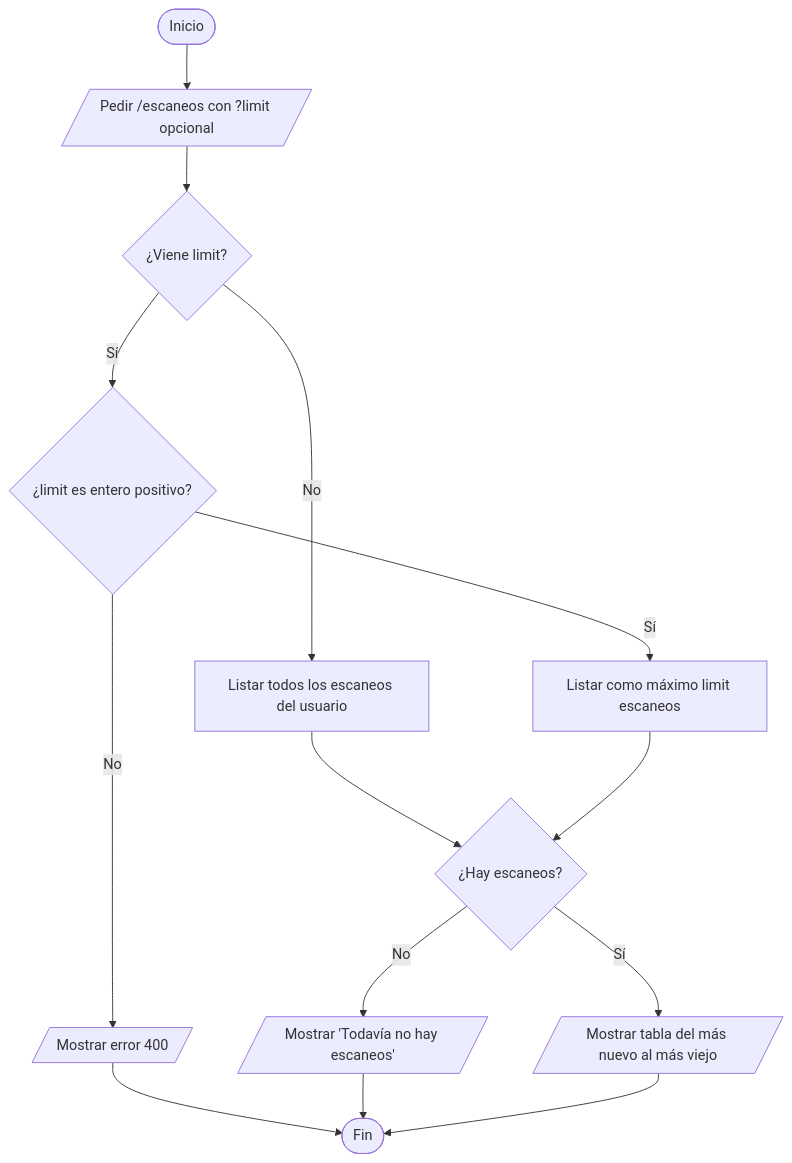
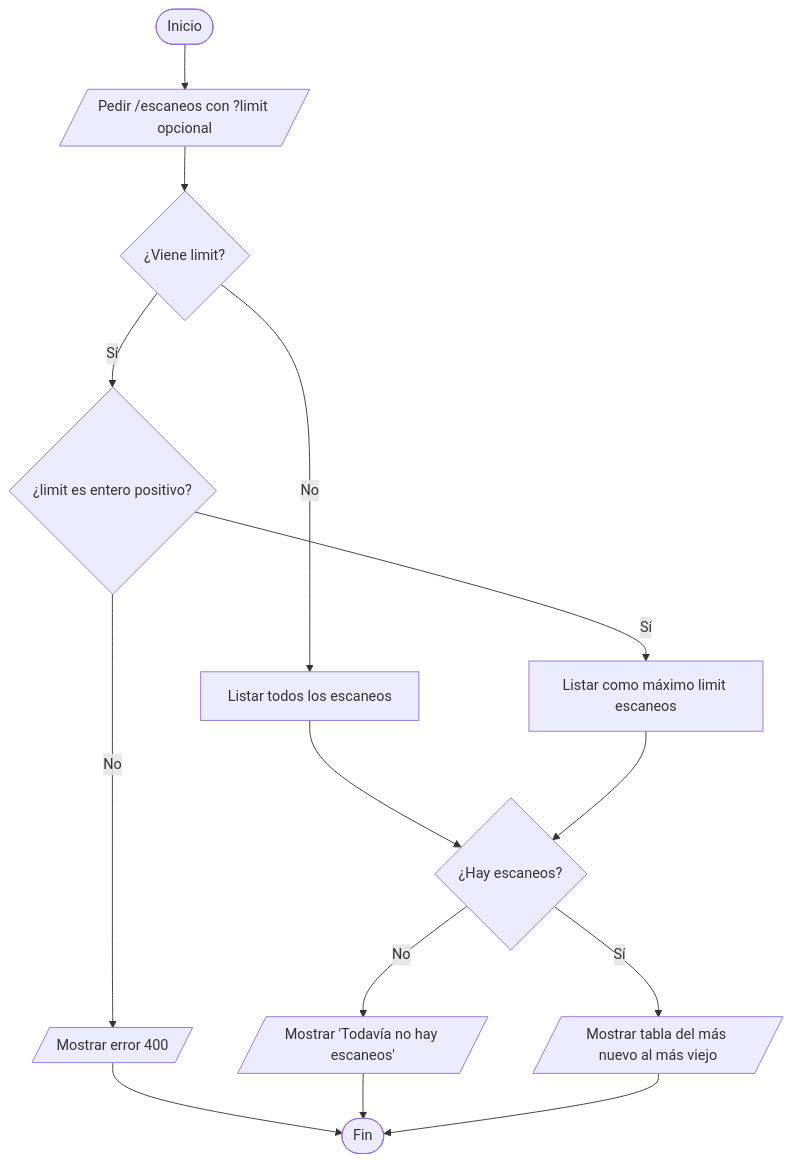
Before and after one commit to Gambeta-latorre/pdi-eest4: the fourth of 6 diagrams in docs/checkpoint-diagramas.md, drawn with Mermaid. The commit also changed other lines of this file and 7 other files, not shown here.

Commit message:
TP15 y diagramas: backlog sin login, historias US-1 a US-9

````diff
--- a/docs/checkpoint-diagramas.md
+++ b/docs/checkpoint-diagramas.md
@@ -96,13 +73,13 @@
 ```mermaid
 flowchart TD
-    A([Inicio]) --> B[/Pedir /escaneos con ?limit opcional/]
+    A([Inicio]) --> B[/"Pedir /escaneos con ?limit opcional"/]
     B --> C{¿Viene limit?}
-    C -- No --> E[Listar todos los escaneos del usuario]
+    C -- No --> E[Listar todos los escaneos]
     C -- Sí --> D{¿limit es entero positivo?}
     D -- No --> F[/Mostrar error 400/] --> Z([Fin])
     D -- Sí --> G[Listar como máximo limit escaneos]
     E --> H{¿Hay escaneos?}
     G --> H
     H -- No --> I[/Mostrar 'Todavía no hay escaneos'/] --> Z
     H -- Sí --> J[/Mostrar tabla del más nuevo al más viejo/] --> Z
 ```
````
